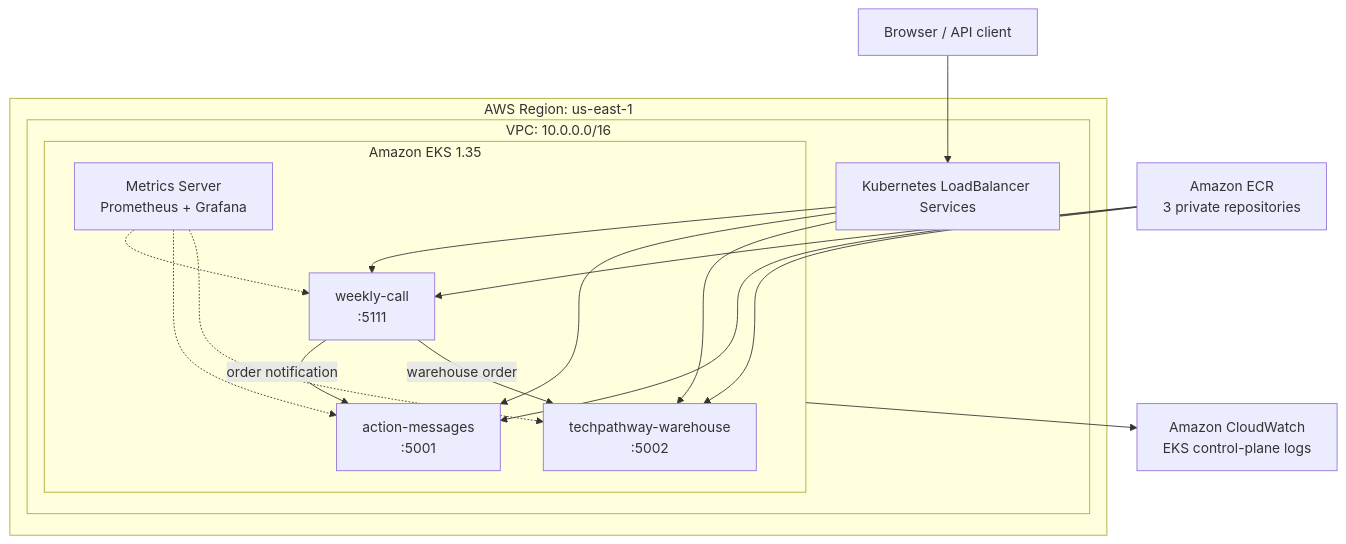
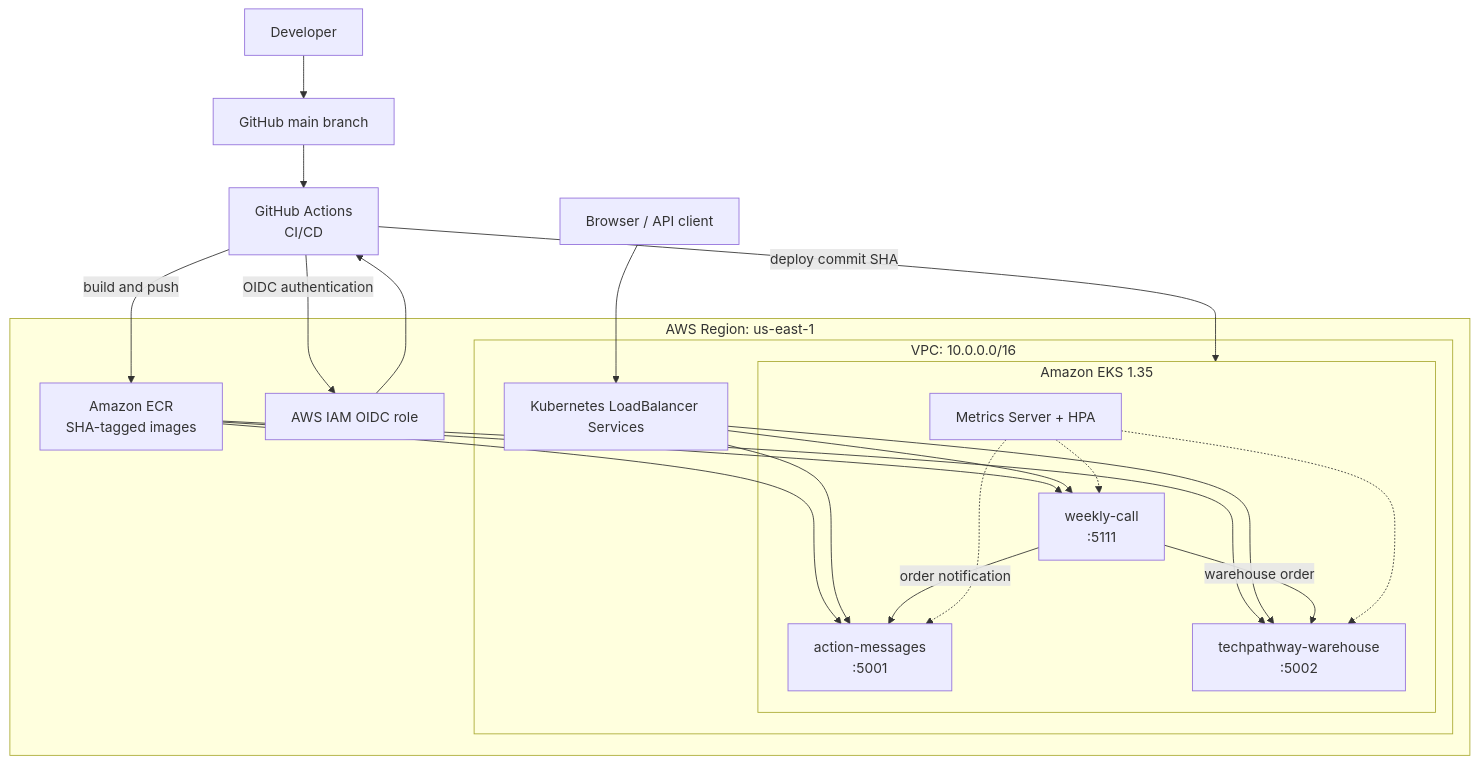
Before and after one commit to davidikundji/Microservices-App-Deployment-with-Terraform-AWS-EKS: the diagram in README.md, drawn with Mermaid. The commit also changed other lines of this file, not shown here.

Commit message:
Document secure EKS CI/CD workflow

````diff
--- a/README.md
+++ b/README.md
@@ -34,33 +37,42 @@
 ```mermaid
 flowchart TB
+    developer["Developer"]
+    github["GitHub main branch"]
+    actions["GitHub Actions<br/>CI/CD"]
     user["Browser / API client"]
-    ecr["Amazon ECR<br/>3 private repositories"]
-    cw["Amazon CloudWatch<br/>EKS control-plane logs"]
 
     subgraph aws["AWS Region: us-east-1"]
+        oidc["AWS IAM OIDC role"]
+        ecr["Amazon ECR<br/>SHA-tagged images"]
+
         subgraph vpc["VPC: 10.0.0.0/16"]
             lb["Kubernetes LoadBalancer Services"]
 
             subgraph eks["Amazon EKS 1.35"]
                 main["weekly-call<br/>:5111"]
                 notify["action-messages<br/>:5001"]
                 warehouse["techpathway-warehouse<br/>:5002"]
-                monitor["Metrics Server<br/>Prometheus + Grafana"]
+                metrics["Metrics Server + HPA"]
             end
         end
     end
 
+    developer --> github
+    github --> actions
+    actions -->|"OIDC authentication"| oidc
+    oidc --> actions
+    actions -->|"build and push"| ecr
+    actions -->|"deploy commit SHA"| eks
+    ecr --> main
+    ecr --> notify
+    ecr --> warehouse
     user --> lb
     lb --> main
     lb --> notify
     lb --> warehouse
     main -->|"order notification"| notify
     main -->|"warehouse order"| warehouse
-    ecr --> main
-    ecr --> notify
-    ecr --> warehouse
-    eks --> cw
-    monitor -.-> main
-    monitor -.-> notify
-    monitor -.-> warehouse
+    metrics -.-> main
+    metrics -.-> notify
+    metrics -.-> warehouse
 ```
````
